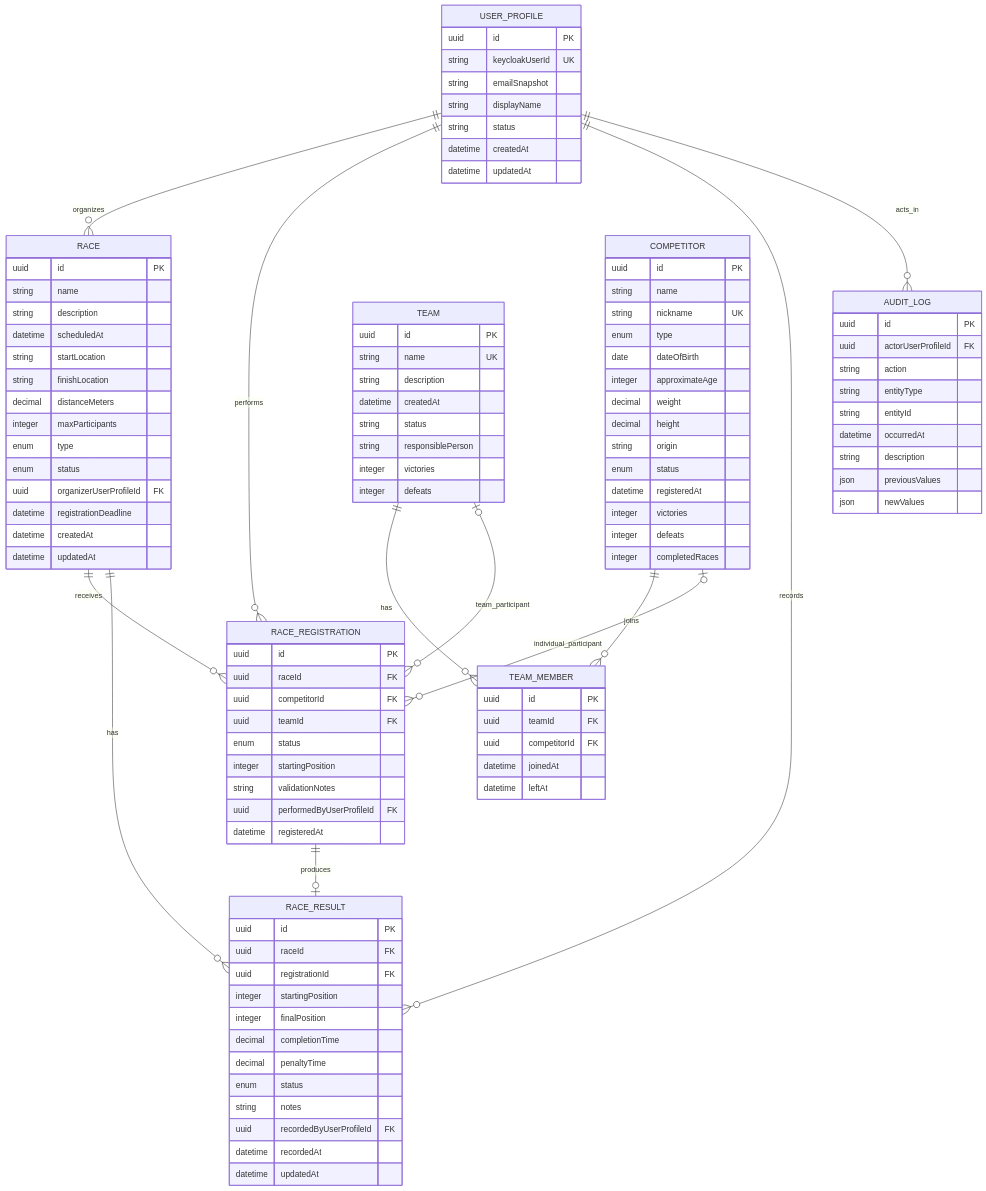
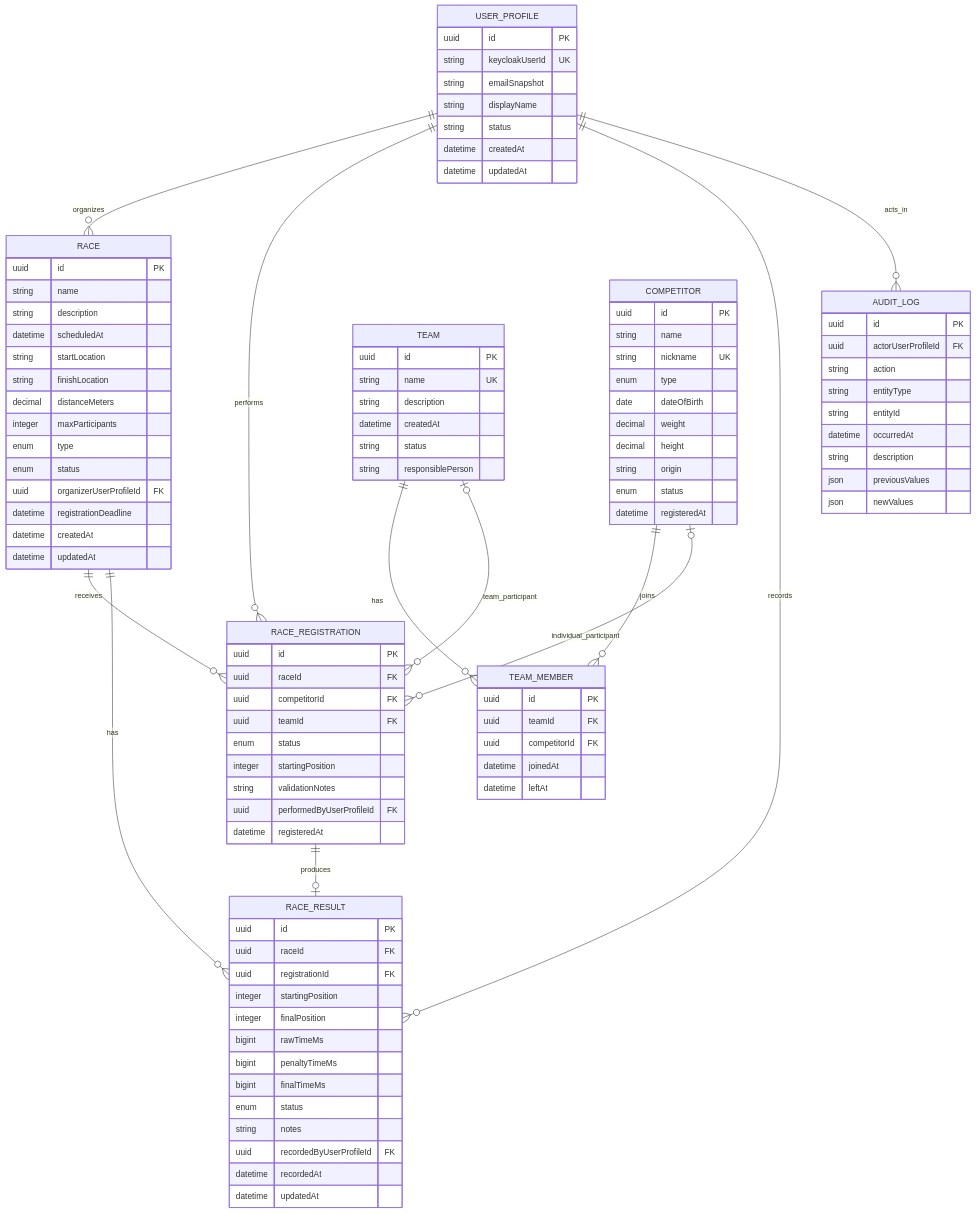
The diagram in docs/database-model.md (martinrestrepoc/race-restapi), drawn with Mermaid before and after one commit. The commit also changed other lines of this file and 16 other files, not shown here.

Commit message:
Documentacion y roadmap

```diff
--- a/docs/database-model.md
+++ b/docs/database-model.md
@@ -93,15 +99,11 @@
         string nickname UK
         enum type
         date dateOfBirth
-        integer approximateAge
         decimal weight
         decimal height
         string origin
         enum status
         datetime registeredAt
-        integer victories
-        integer defeats
-        integer completedRaces
     }
     TEAM {
         uuid id PK
@@ -110,8 +112,6 @@
         datetime createdAt
         string status
         string responsiblePerson
-        integer victories
-        integer defeats
     }
     TEAM_MEMBER {
         uuid id PK
@@ -153,8 +153,9 @@
         uuid registrationId FK
         integer startingPosition
         integer finalPosition
-        decimal completionTime
-        decimal penaltyTime
+        bigint rawTimeMs
+        bigint penaltyTimeMs
+        bigint finalTimeMs
         enum status
         string notes
         uuid recordedByUserProfileId FK
```
